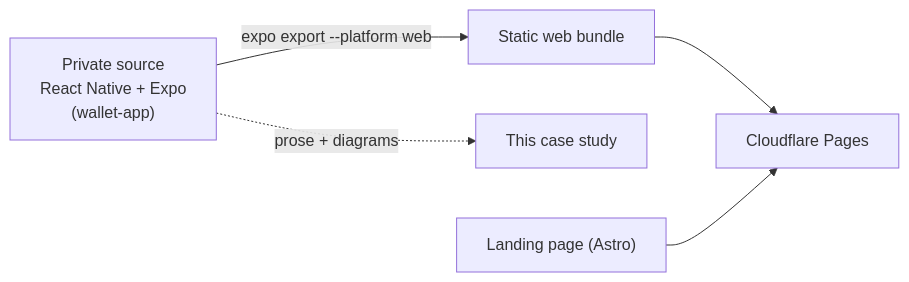
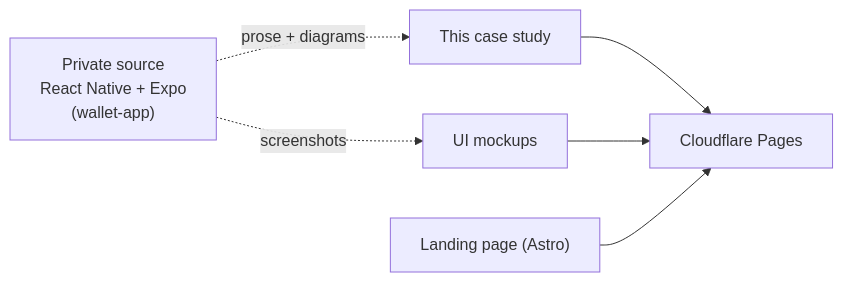
The fifth of 5 diagrams in README.md (eliegeorgioelkhoury/wall-it-showcase), drawn with Mermaid before and after one commit. The commit also changed other lines of this file and 8 other files, not shown here.

First line of the commit message:
feat: go live — reframe around native / on-device (no web version)

````diff
--- a/README.md
+++ b/README.md
@@ -245,7 +257,8 @@
 ```mermaid
 flowchart LR
-  P["Private source<br/>React Native + Expo<br/>(wallet-app)"] -->|expo export --platform web| B["Static web bundle"]
-  P -.->|prose + diagrams| C["This case study"]
-  B --> CF["Cloudflare Pages"]
+  P["Private source<br/>React Native + Expo<br/>(wallet-app)"] -.->|prose + diagrams| C["This case study"]
+  P -.->|screenshots| S["UI mockups"]
+  C --> CF["Cloudflare Pages"]
+  S --> CF
   D["Landing page (Astro)"] --> CF
 ```
````
